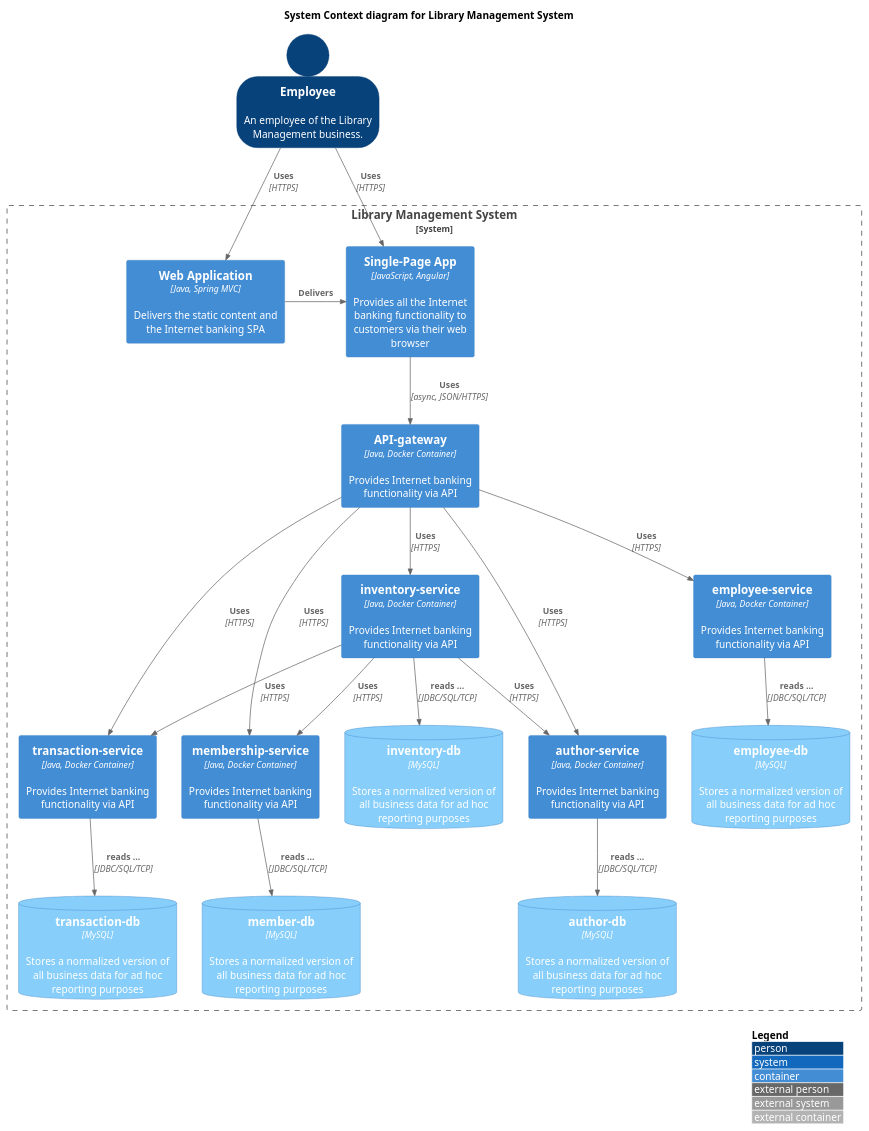
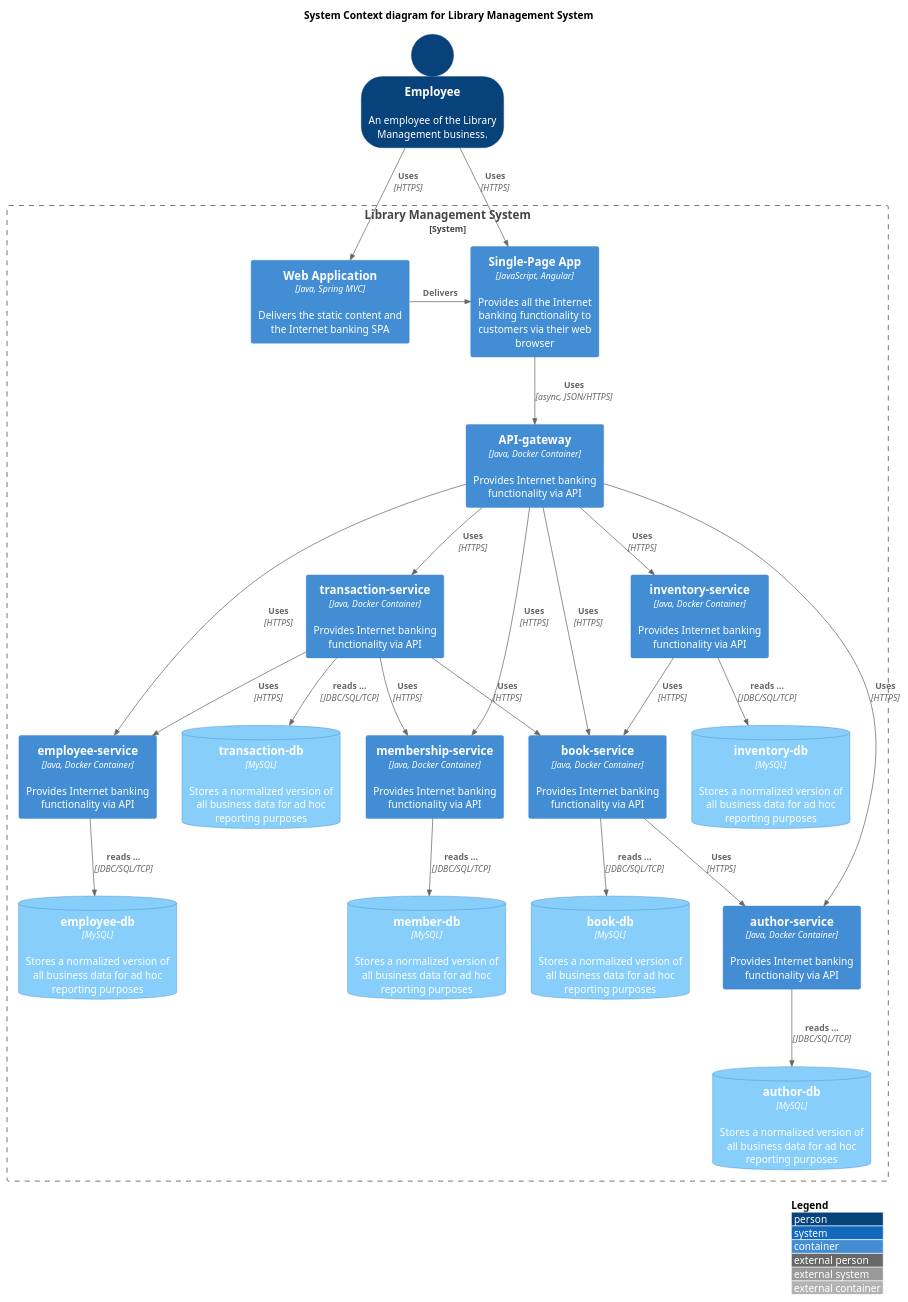
Before and after one commit to isaacwallace123/LibraryMicroservice: the diagram in LibraryManagementC4Level2.puml, drawn with PlantUML. The commit also changed 4 other files, not shown here.

```diff
--- a/LibraryManagementC4Level2.puml
+++ b/LibraryManagementC4Level2.puml
@@ -1,58 +1,65 @@
 @startuml
 !include https://raw.githubusercontent.com/plantuml-stdlib/C4-PlantUML/master/C4_Container.puml
 ' uncomment the following line and comment the first to use locally
 ' !include C4_Container.puml
 
 ' LAYOUT_TOP_DOWN()
 ' LAYOUT_AS_SKETCH()
 LAYOUT_WITH_LEGEND()
 AddElementTag("microService", $shape=EightSidedShape(), $bgColor="CornflowerBlue", $fontColor="white", $legendText="micro service\neight sided")
 AddElementTag("storage", $shape=RoundedBoxShape(), $bgColor="lightSkyBlue", $fontColor="white")
 
 SHOW_PERSON_OUTLINE()
 
 title System Context diagram for Library Management System
 
 Person(employee, "Employee", "An employee of the Library Management business.")
 
 
 System_Boundary(c1, "Library Management System") {
     Container(web_app, "Web Application", "Java, Spring MVC", "Delivers the static content and the Internet banking SPA")
     Container(spa, "Single-Page App", "JavaScript, Angular", "Provides all the Internet banking functionality to customers via their web browser")
     Container(api_gateway, "API-gateway", "Java, Docker Container", "Provides Internet banking functionality via API")
     Container(ts, "transaction-service", "Java, Docker Container", "Provides Internet banking functionality via API")
     Container(ms, "membership-service", "Java, Docker Container", "Provides Internet banking functionality via API")
     Container(is, "inventory-service", "Java, Docker Container", "Provides Internet banking functionality via API")
     Container(as, "author-service", "Java, Docker Container", "Provides Internet banking functionality via API")
     Container(es, "employee-service", "Java, Docker Container", "Provides Internet banking functionality via API")
+    Container(bs, "book-service", "Java, Docker Container", "Provides Internet banking functionality via API")
     ContainerDb(memb_db, "member-db", "MySQL", "Stores a normalized version of all business data for ad hoc reporting purposes", $tags = "storage")
     ContainerDb(empl_db, "employee-db", "MySQL", "Stores a normalized version of all business data for ad hoc reporting purposes", $tags = "storage")
     ContainerDb(invent_db, "inventory-db", "MySQL", "Stores a normalized version of all business data for ad hoc reporting purposes", $tags = "storage")
     ContainerDb(author_db, "author-db", "MySQL", "Stores a normalized version of all business data for ad hoc reporting purposes", $tags = "storage")
     ContainerDb(trans_db, "transaction-db", "MySQL", "Stores a normalized version of all business data for ad hoc reporting purposes", $tags = "storage")
+    ContainerDb(book_db, "book-db", "MySQL", "Stores a normalized version of all business data for ad hoc reporting purposes", $tags = "storage")
 }
 
 Rel_Neighbor(web_app, spa, "Delivers")
 Rel(spa, api_gateway, "Uses", "async, JSON/HTTPS")
 
 Rel(employee, web_app, "Uses", "HTTPS")
 Rel(employee, spa, "Uses", "HTTPS")
 
 Rel(api_gateway, ts, "Uses", "HTTPS")
 Rel(api_gateway, es, "Uses", "HTTPS")
 Rel(api_gateway, is, "Uses", "HTTPS")
 Rel(api_gateway, as, "Uses", "HTTPS")
 Rel(api_gateway, ms, "Uses", "HTTPS")
+Rel(api_gateway, bs, "Uses", "HTTPS")
 
-Rel(is, as, "Uses", "HTTPS")
-Rel(is, ms, "Uses", "HTTPS")
-Rel(is, ts, "Uses", "HTTPS")
+Rel(is, bs, "Uses", "HTTPS")
 
+Rel(bs, as, "Uses", "HTTPS")
+
+Rel(ts, bs, "Uses", "HTTPS")
+Rel(ts, ms, "Uses", "HTTPS")
+Rel(ts, es, "Uses", "HTTPS")
 
 Rel_D(as, author_db, "reads ...", "JDBC/SQL/TCP")
 Rel_D(es, empl_db, "reads ...", "JDBC/SQL/TCP")
 Rel_D(is, invent_db, "reads ...", "JDBC/SQL/TCP")
 Rel_D(ms, memb_db, "reads ...", "JDBC/SQL/TCP")
 Rel_D(ts, trans_db, "reads ...", "JDBC/SQL/TCP")
+Rel_D(bs, book_db, "reads ...", "JDBC/SQL/TCP")
 
 @enduml
```
